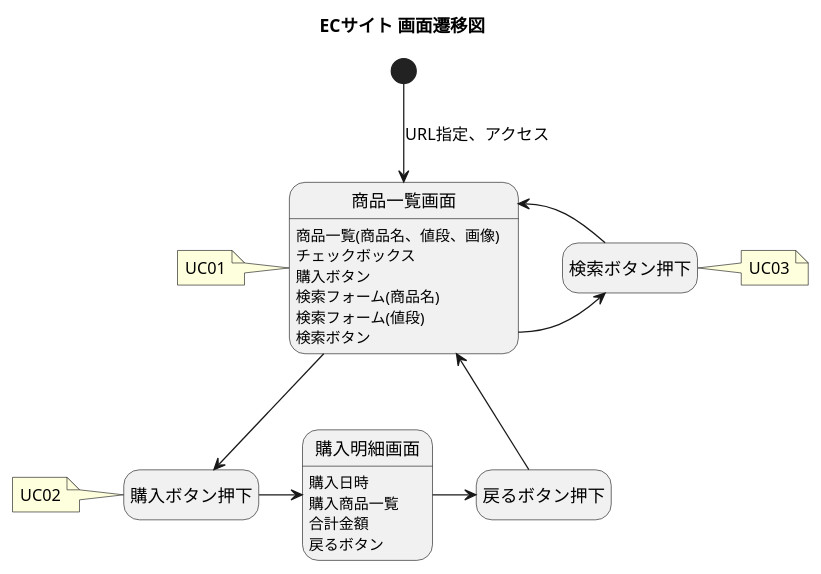
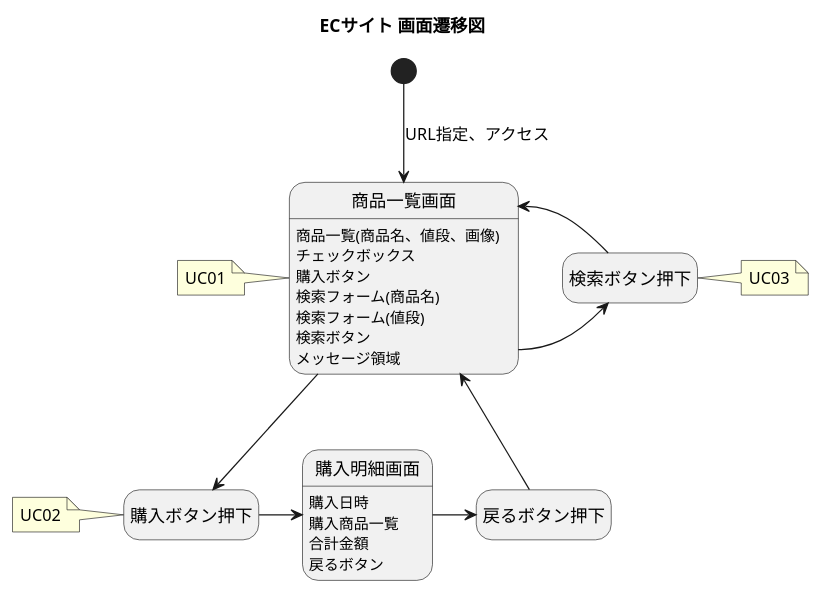
The diagram in UseCase/ScreenTransition.puml (wnakayama/ojt_ecsite), drawn with PlantUML before and after one commit. The commit also changed 1 other file, not shown here.

```diff
--- a/UseCase/ScreenTransition.puml
+++ b/UseCase/ScreenTransition.puml
@@ -1,41 +1,42 @@
 @startuml
 title ECサイト 画面遷移図
 hide empty description
 
 [*] --> 商品一覧画面 : URL指定、アクセス 
 商品一覧画面 : 商品一覧(商品名、値段、画像)
 商品一覧画面 : チェックボックス
 商品一覧画面 : 購入ボタン
 商品一覧画面 : 検索フォーム(商品名)
 商品一覧画面 : 検索フォーム(値段)
 商品一覧画面 : 検索ボタン
+商品一覧画面 : メッセージ領域
 
 note left of 商品一覧画面
 UC01
 end note
 
 
 商品一覧画面 --> 購入ボタン押下
 note left of 購入ボタン押下
 UC02
 end note
 
 ' 購入ボタン押下 --> 商品一覧画面 : エラー発生
 
 
 購入ボタン押下 -right-> 購入明細画面
 購入明細画面 : 購入日時
 購入明細画面 : 購入商品一覧
 購入明細画面 : 合計金額
 購入明細画面 : 戻るボタン
 
 購入明細画面 -right-> 戻るボタン押下
 戻るボタン押下 --> 商品一覧画面
 
 商品一覧画面 -right-> 検索ボタン押下
 検索ボタン押下 -left-> 商品一覧画面
 note right of 検索ボタン押下
 UC03
 end note
 
 @enduml
```
